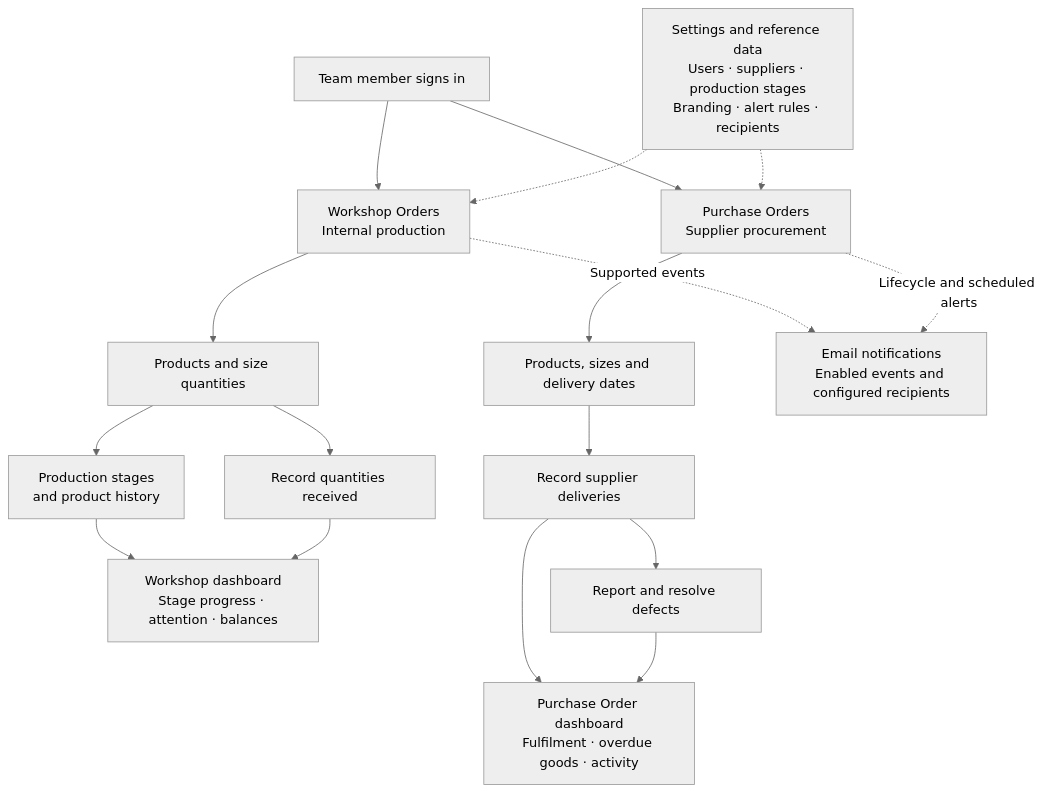
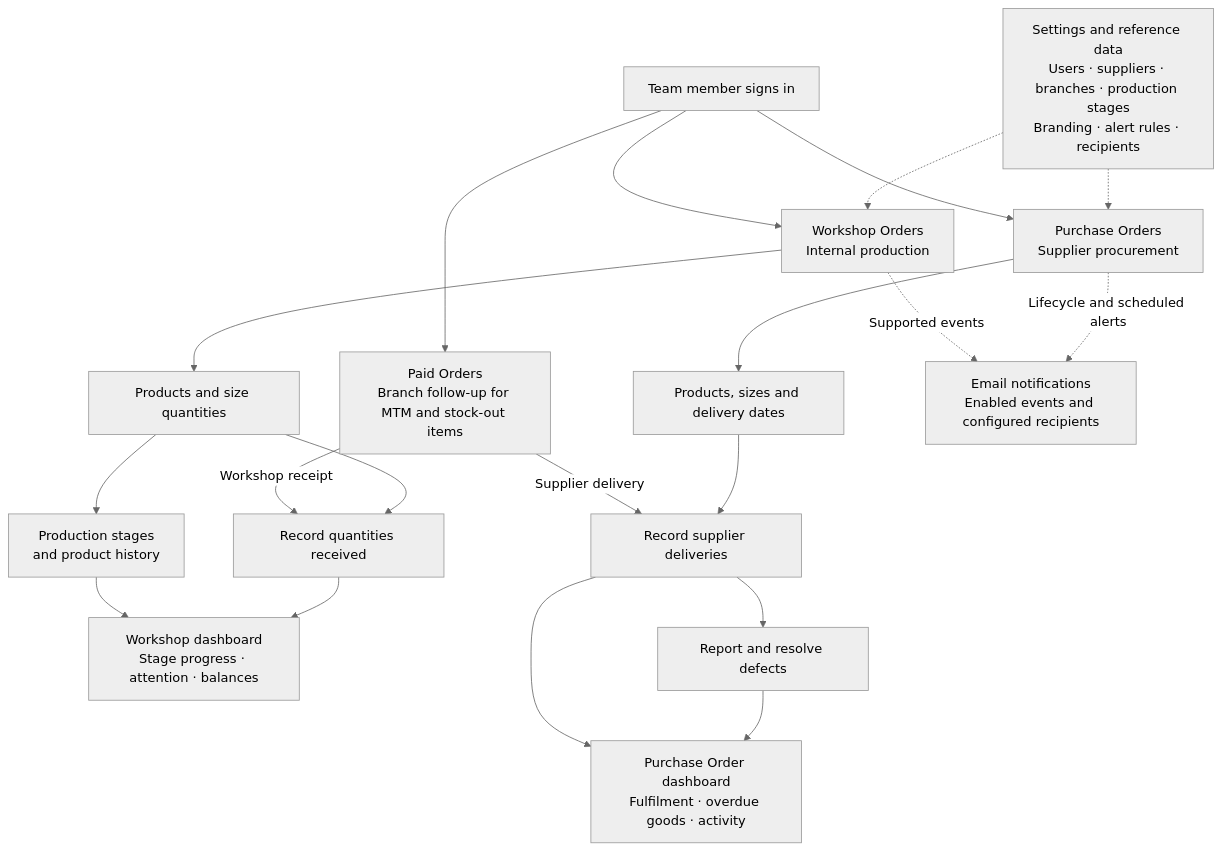
The first of 6 diagrams in docs/platform-training-map.md (R-gitonga/operations-platform), drawn with Mermaid (neutral theme) before and after one commit. The commit also changed other lines of this file, not shown here.

Commit message:
docs: train paid-order receiving and notification workflows

````diff
--- a/docs/platform-training-map.md
+++ b/docs/platform-training-map.md
@@ -9,19 +9,22 @@
 ```mermaid
 flowchart TB
     U["Team member signs in"] --> W["Workshop Orders<br/>Internal production"]
     U --> P["Purchase Orders<br/>Supplier procurement"]
-    S["Settings and reference data<br/>Users · suppliers · production stages<br/>Branding · alert rules · recipients"] -.-> W
+    U --> PAID["Paid Orders<br/>Branch follow-up for MTM and stock-out items"]
+    PAID -- "Workshop receipt" --> WR
+    PAID -- "Supplier delivery" --> PR
+    S["Settings and reference data<br/>Users · suppliers · branches · production stages<br/>Branding · alert rules · recipients"] -.-> W
     S -.-> P
     W --> WI["Products and size quantities"]
     WI --> ST["Production stages<br/>and product history"]
     WI --> WR["Record quantities received"]
     ST --> WD["Workshop dashboard<br/>Stage progress · attention · balances"]
     WR --> WD
     P --> PI["Products, sizes and delivery dates"]
     PI --> PR["Record supplier deliveries"]
     PR --> DF["Report and resolve defects"]
     PR --> PD["Purchase Order dashboard<br/>Fulfilment · overdue goods · activity"]
     DF --> PD
     W -. "Supported events" .-> E["Email notifications<br/>Enabled events and configured recipients"]
     P -. "Lifecycle and scheduled alerts" .-> E
 ```
````
